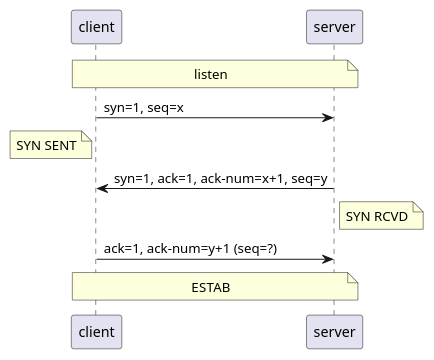
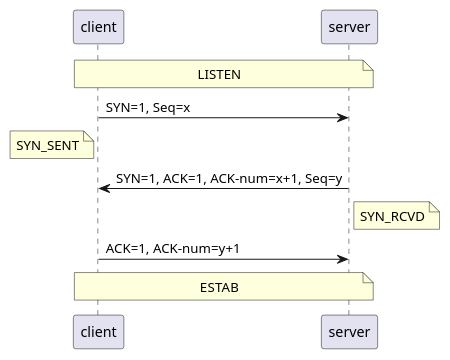
One commit to IceHe/icehe-lib changed the first of 2 diagrams in snips/interview/tcp.md. Above: the diagram before and after it, drawn with PlantUML. The commit also changed other lines of this file, not shown here.

````diff
--- a/snips/interview/tcp.md
+++ b/snips/interview/tcp.md
@@ -18,13 +24,13 @@
 ```plantuml
 @startuml
 
-note over client, server: listen
-client -> server : syn=1, seq=x
-note left of client: SYN SENT
-client <- server : syn=1, ack=1, ack-num=x+1, seq=y
-note right of server: SYN RCVD
-client -> server : ack=1, ack-num=y+1 (seq=?)
+note over client, server: LISTEN
+client -> server : SYN=1, Seq=x
+note left of client: SYN_SENT
+client <- server : SYN=1, ACK=1, ACK-num=x+1, Seq=y
+note right of server: SYN_RCVD
+client -> server : ACK=1, ACK-num=y+1
 note over client, server: ESTAB
 
 @enduml
 ```
````
